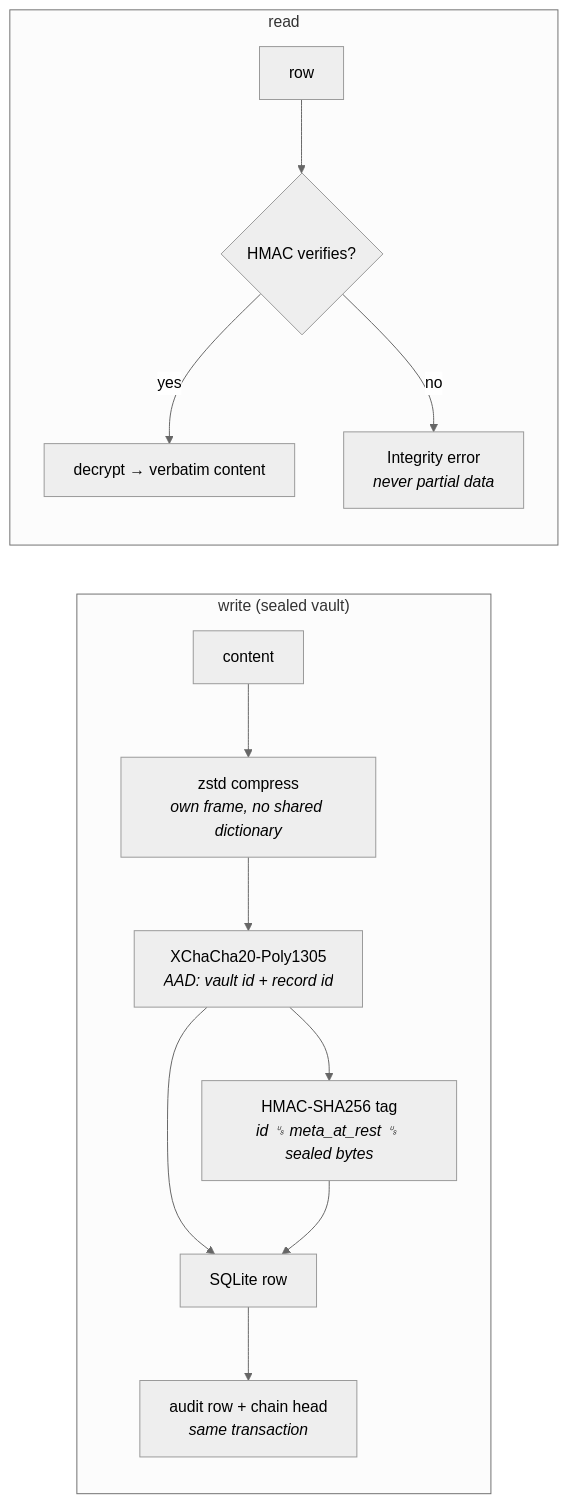
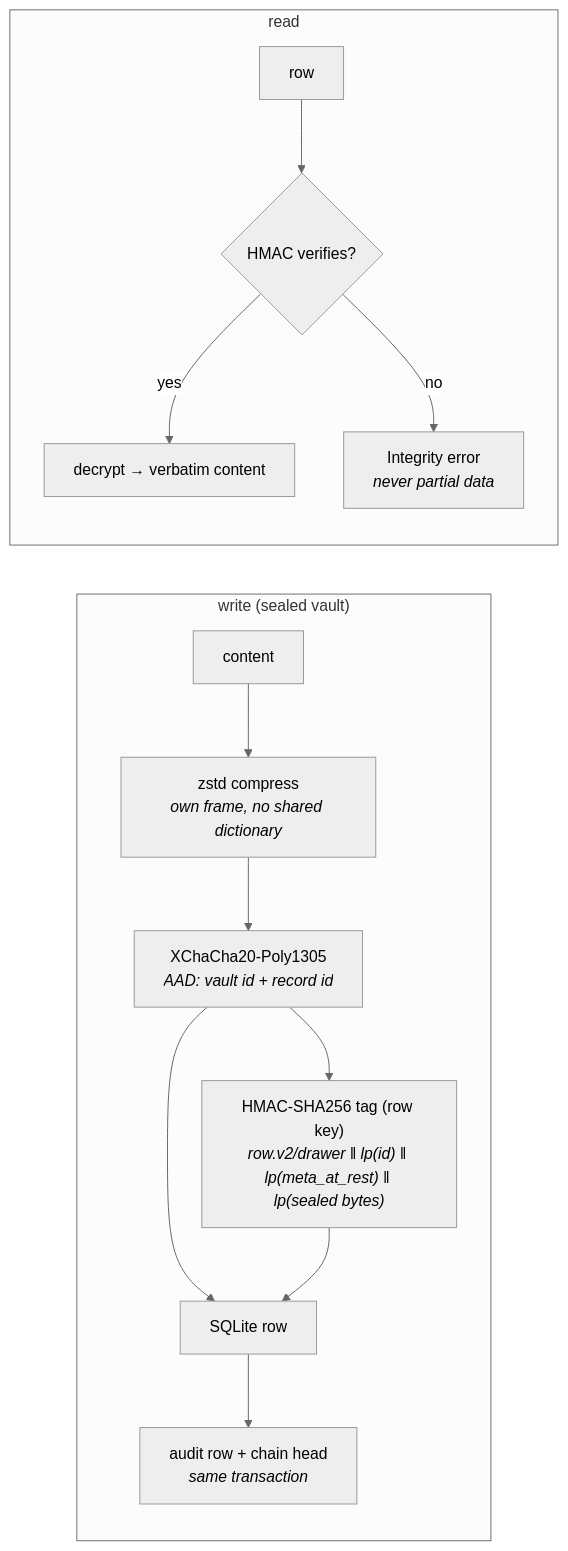
Before and after one commit to sealcroft/undercroft: the diagram in docs/diagrams/src/security-seal-verify.mmd, drawn with Mermaid (neutral theme). The commit also changed 50 other files, not shown here.

```diff
--- a/docs/diagrams/src/security-seal-verify.mmd
+++ b/docs/diagrams/src/security-seal-verify.mmd
@@ -1,13 +1,13 @@
 flowchart LR
     subgraph write["write (sealed vault)"]
         c["content"] --> z["zstd compress<br/><i>own frame, no shared dictionary</i>"] --> e["XChaCha20-Poly1305<br/><i>AAD: vault id + record id</i>"]
-        e --> h["HMAC-SHA256 tag<br/><i>id ␟ meta_at_rest ␟ sealed bytes</i>"]
+        e --> h["HMAC-SHA256 tag (row key)<br/><i>row.v2/drawer ‖ lp(id) ‖ lp(meta_at_rest) ‖ lp(sealed bytes)</i>"]
         e --> row["SQLite row"]
         h --> row
         row --> chain["audit row + chain head<br/><i>same transaction</i>"]
     end
     subgraph read["read"]
         row2["row"] --> v{"HMAC verifies?"}
         v -- yes --> d["decrypt → verbatim content"]
         v -- no --> alarm["Integrity error<br/><i>never partial data</i>"]
     end
```
